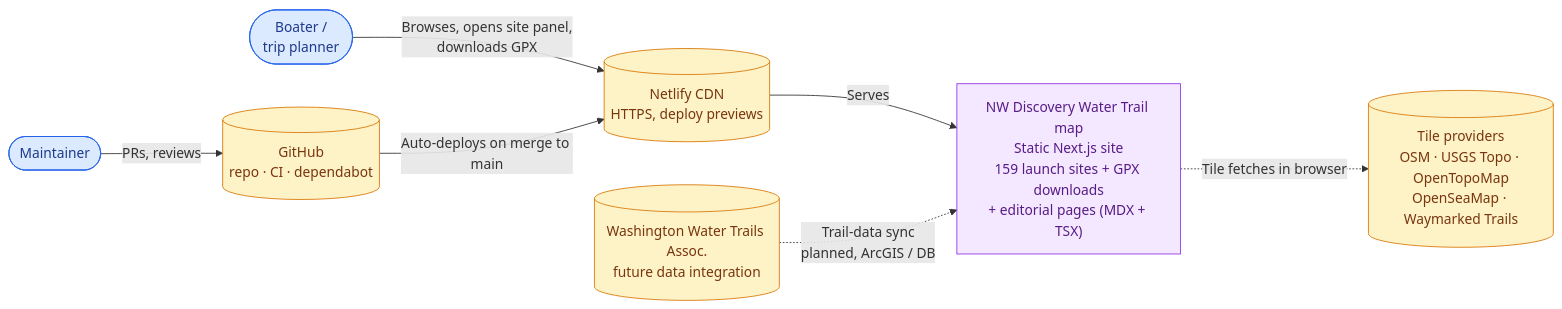
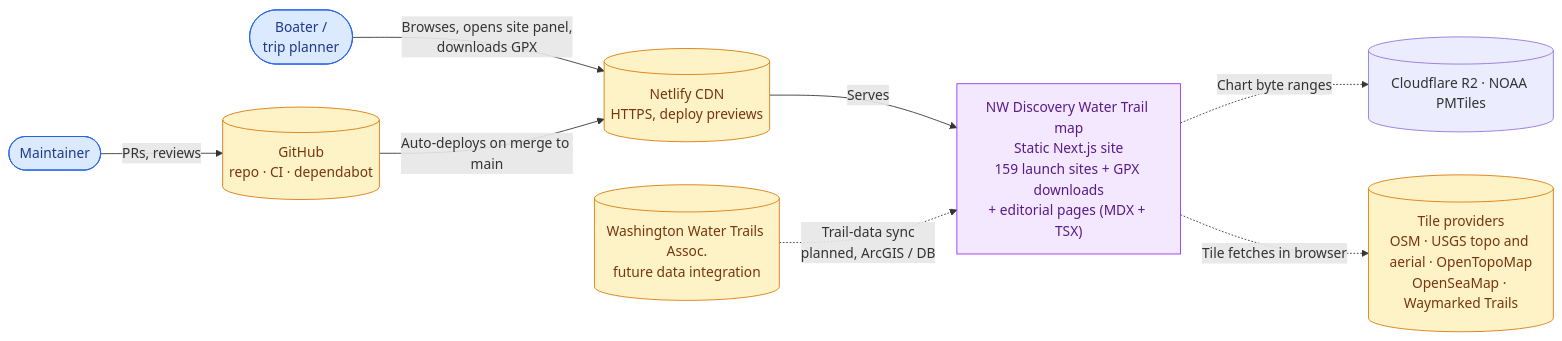
One commit to ivanoats/ndwt-ol-chakra changed the first of 2 diagrams in docs/architecture/overview.md. Above: the diagram before and after it, drawn with Mermaid. The commit also changed other lines of this file and 9 other files, not shown here.

First line of the commit message:
docs: refresh trail map architecture and maintainer guides (#108)

````diff
--- a/docs/architecture/overview.md
+++ b/docs/architecture/overview.md
@@ -16,26 +16,28 @@
 ```mermaid
 flowchart LR
   boater(["Boater /<br/>trip planner"])
   maintainer(["Maintainer"])
 
   site["NW Discovery Water Trail map<br/>Static Next.js site<br/>159 launch sites + GPX downloads<br/>+ editorial pages (MDX + TSX)"]
 
   netlify[("Netlify CDN<br/>HTTPS, deploy previews")]
   github[("GitHub<br/>repo · CI · dependabot")]
-  tiles[("Tile providers<br/>OSM · USGS Topo · OpenTopoMap<br/>OpenSeaMap · Waymarked Trails")]
+  tiles[("Tile providers<br/>OSM · USGS topo and aerial · OpenTopoMap<br/>OpenSeaMap · Waymarked Trails")]
+  charts[("Cloudflare R2 · NOAA PMTiles")]
+  site -.->|Chart byte ranges| charts
   wwta[("Washington Water Trails Assoc.<br/>future data integration")]
 
   boater -->|Browses, opens site panel,<br/>downloads GPX| netlify
   netlify -->|Serves| site
   maintainer -->|PRs, reviews| github
   github -->|Auto-deploys on merge to main| netlify
   site -.->|Tile fetches in browser| tiles
   wwta -.->|Trail-data sync<br/>planned, ArcGIS / DB| site
 
   classDef person fill:#dbeafe,stroke:#2563eb,color:#1e3a8a;
   classDef sys fill:#f3e8ff,stroke:#9333ea,color:#581c87;
   classDef ext fill:#fef3c7,stroke:#d97706,color:#78350f;
   class boater,maintainer person
   class site sys
   class netlify,github,tiles,wwta ext
 ```
````
